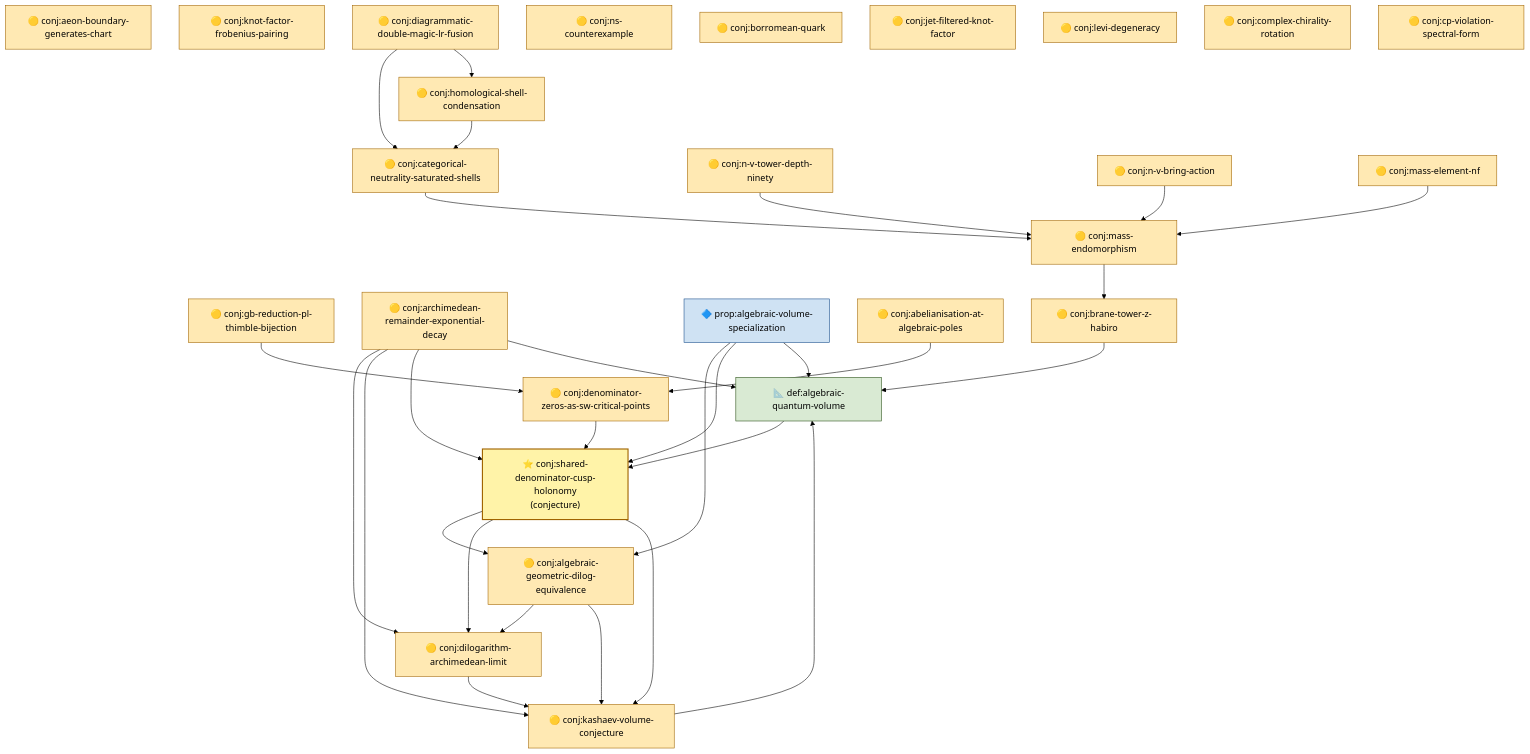
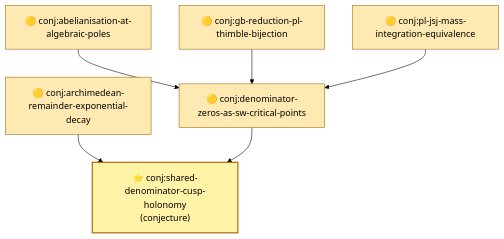
The third of 4 diagrams in docs/audits/conjecture-cones.md (litlfred/qou), drawn with Mermaid (forest theme) before and after one commit. The commit also changed other lines of this file and 7 other files, not shown here.

````diff
--- a/docs/audits/conjecture-cones.md
+++ b/docs/audits/conjecture-cones.md
@@ -253,61 +150,19 @@
 ```mermaid
 graph TD
-    conj_categorical_neutrality_saturated_shells["🟡 conj:categorical-neutrality-saturated-shells"]:::conj
-    conj_n_v_tower_depth_ninety["🟡 conj:n-v-tower-depth-ninety"]:::conj
-    conj_aeon_boundary_generates_chart["🟡 conj:aeon-boundary-generates-chart"]:::conj
-    def_algebraic_quantum_volume["📐 def:algebraic-quantum-volume"]:::def
-    conj_n_v_bring_action["🟡 conj:n-v-bring-action"]:::conj
-    conj_knot_factor_frobenius_pairing["🟡 conj:knot-factor-frobenius-pairing"]:::conj
-    conj_diagrammatic_double_magic_lr_fusion["🟡 conj:diagrammatic-double-magic-lr-fusion"]:::conj
-    conj_dilogarithm_archimedean_limit["🟡 conj:dilogarithm-archimedean-limit"]:::conj
+    conj_gb_reduction_pl_thimble_bijection["🟡 conj:gb-reduction-pl-thimble-bijection"]:::conj
+    conj_shared_denominator_cusp_holonomy["⭐ conj:shared-denominator-cusp-holonomy<br/>(conjecture)"]:::seed
     conj_denominator_zeros_as_sw_critical_points["🟡 conj:denominator-zeros-as-sw-critical-points"]:::conj
-    conj_mass_endomorphism["🟡 conj:mass-endomorphism"]:::conj
-    conj_ns_counterexample["🟡 conj:ns-counterexample"]:::conj
-    conj_gb_reduction_pl_thimble_bijection["🟡 conj:gb-reduction-pl-thimble-bijection"]:::conj
-    conj_borromean_quark["🟡 conj:borromean-quark"]:::conj
     conj_archimedean_remainder_exponential_decay["🟡 conj:archimedean-remainder-exponential-decay"]:::conj
-    conj_jet_filtered_knot_factor["🟡 conj:jet-filtered-knot-factor"]:::conj
-    conj_homological_shell_condensation["🟡 conj:homological-shell-condensation"]:::conj
-    conj_levi_degeneracy["🟡 conj:levi-degeneracy"]:::conj
-    prop_algebraic_volume_specialization["🔷 prop:algebraic-volume-specialization"]:::prov
     conj_abelianisation_at_algebraic_poles["🟡 conj:abelianisation-at-algebraic-poles"]:::conj
-    conj_brane_tower_z_habiro["🟡 conj:brane-tower-z-habiro"]:::conj
-    conj_complex_chirality_rotation["🟡 conj:complex-chirality-rotation"]:::conj
-    conj_cp_violation_spectral_form["🟡 conj:cp-violation-spectral-form"]:::conj
-    conj_algebraic_geometric_dilog_equivalence["🟡 conj:algebraic-geometric-dilog-equivalence"]:::conj
-    conj_mass_element_nf["🟡 conj:mass-element-nf"]:::conj
-    conj_shared_denominator_cusp_holonomy["⭐ conj:shared-denominator-cusp-holonomy<br/>(conjecture)"]:::seed
-    conj_kashaev_volume_conjecture["🟡 conj:kashaev-volume-conjecture"]:::conj
+    conj_pl_jsj_mass_integration_equivalence["🟡 conj:pl-jsj-mass-integration-equivalence"]:::conj
     conj_abelianisation_at_algebraic_poles --> conj_denominator_zeros_as_sw_critical_points
-    conj_algebraic_geometric_dilog_equivalence --> conj_dilogarithm_archimedean_limit
-    conj_algebraic_geometric_dilog_equivalence --> conj_kashaev_volume_conjecture
-    conj_archimedean_remainder_exponential_decay --> conj_dilogarithm_archimedean_limit
-    conj_archimedean_remainder_exponential_decay --> conj_kashaev_volume_conjecture
     conj_archimedean_remainder_exponential_decay --> conj_shared_denominator_cusp_holonomy
-    conj_archimedean_remainder_exponential_decay --> def_algebraic_quantum_volume
-    conj_brane_tower_z_habiro --> def_algebraic_quantum_volume
-    conj_categorical_neutrality_saturated_shells --> conj_mass_endomorphism
     conj_denominator_zeros_as_sw_critical_points --> conj_shared_denominator_cusp_holonomy
-    conj_diagrammatic_double_magic_lr_fusion --> conj_categorical_neutrality_saturated_shells
-    conj_diagrammatic_double_magic_lr_fusion --> conj_homological_shell_condensation
-    conj_dilogarithm_archimedean_limit --> conj_kashaev_volume_conjecture
     conj_gb_reduction_pl_thimble_bijection --> conj_denominator_zeros_as_sw_critical_points
-    conj_homological_shell_condensation --> conj_categorical_neutrality_saturated_shells
-    conj_kashaev_volume_conjecture --> def_algebraic_quantum_volume
-    conj_mass_element_nf --> conj_mass_endomorphism
-    conj_mass_endomorphism --> conj_brane_tower_z_habiro
-    conj_n_v_bring_action --> conj_mass_endomorphism
-    conj_n_v_tower_depth_ninety --> conj_mass_endomorphism
-    conj_shared_denominator_cusp_holonomy --> conj_algebraic_geometric_dilog_equivalence
-    conj_shared_denominator_cusp_holonomy --> conj_dilogarithm_archimedean_limit
-    conj_shared_denominator_cusp_holonomy --> conj_kashaev_volume_conjecture
-    def_algebraic_quantum_volume --> conj_shared_denominator_cusp_holonomy
-    prop_algebraic_volume_specialization --> conj_algebraic_geometric_dilog_equivalence
-    prop_algebraic_volume_specialization --> conj_shared_denominator_cusp_holonomy
-    prop_algebraic_volume_specialization --> def_algebraic_quantum_volume
+    conj_pl_jsj_mass_integration_equivalence --> conj_denominator_zeros_as_sw_critical_points
     classDef seed fill:#fff3a8,stroke:#a06400,stroke-width:2px;
     classDef conj fill:#ffe9b3,stroke:#a06400;
     classDef prov fill:#cfe2f3,stroke:#1a4e8a;
     classDef rem fill:#eaeaea,stroke:#666;
     classDef def fill:#d9ead3,stroke:#274e13;
 ```
````
